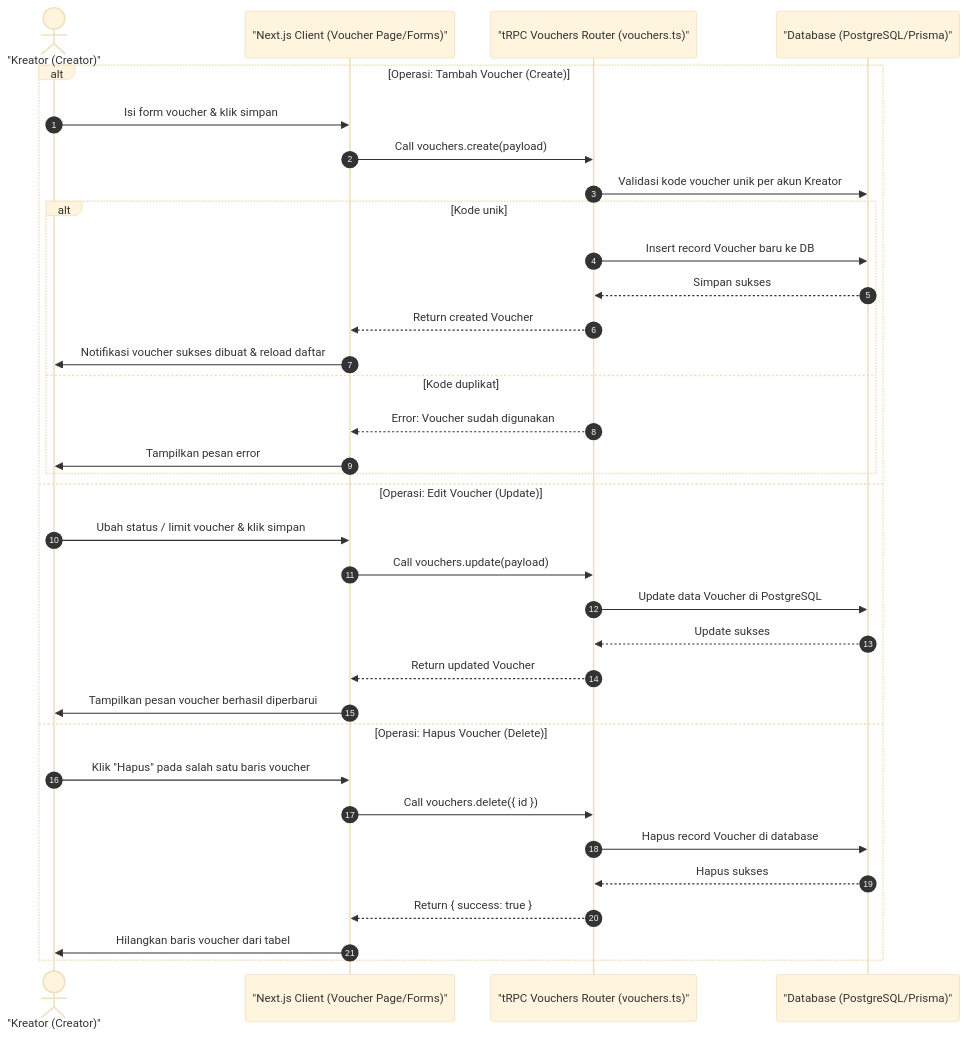
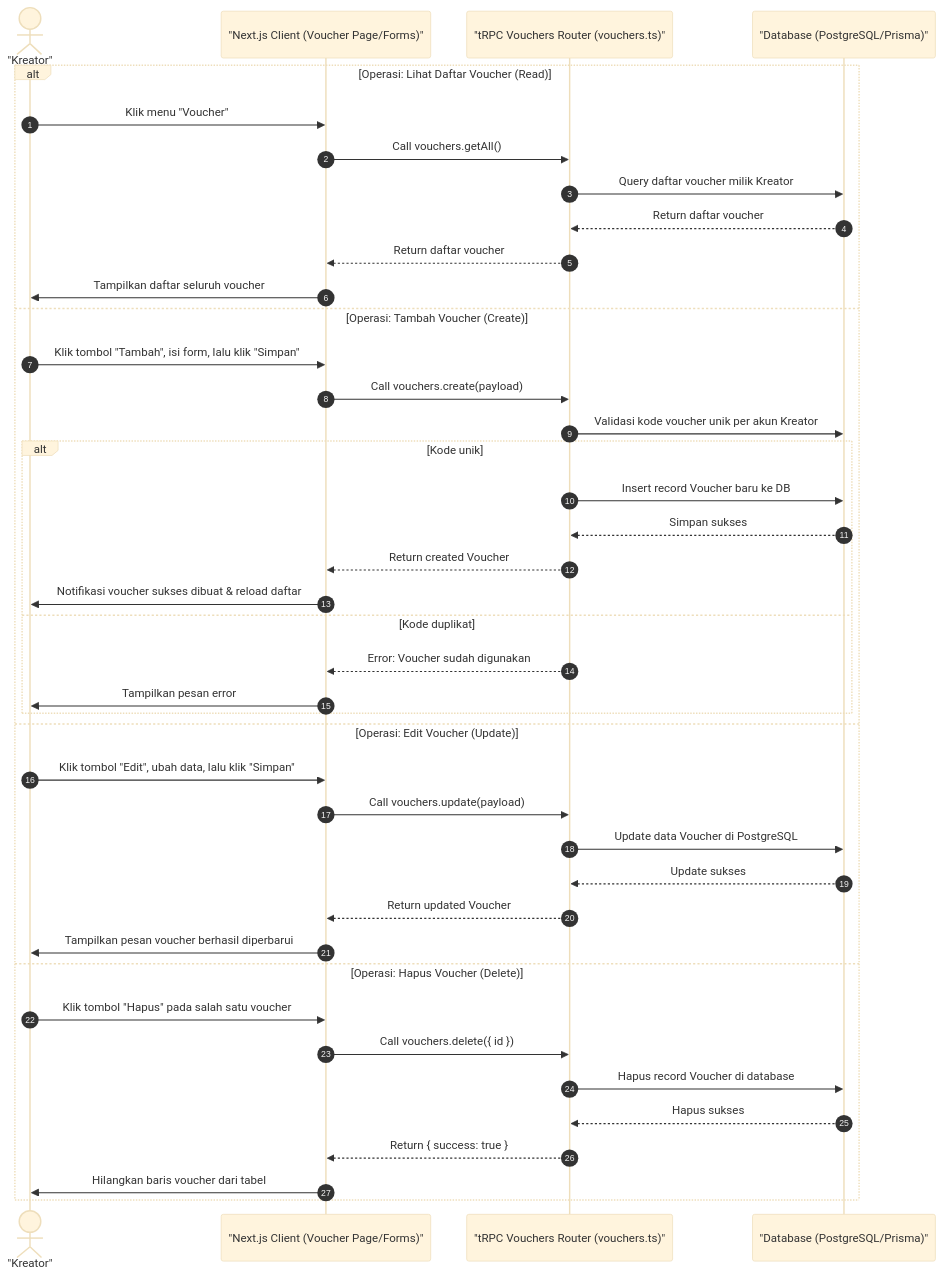
Before and after one commit to luputer/CuanIN: the second of 3 diagrams in docs/laporan-kelola-data-crud.md, drawn with Mermaid (base theme). The commit also changed other lines of this file and 53 other files, not shown here.

````diff
--- a/docs/laporan-kelola-data-crud.md
+++ b/docs/laporan-kelola-data-crud.md
@@ -60,39 +68,47 @@
 ```mermaid
 sequenceDiagram
     autonumber
-    actor Creator as "Kreator (Creator)"
+    actor Creator as "Kreator"
     participant Client as "Next.js Client (Voucher Page/Forms)"
     participant Server as "tRPC Vouchers Router (vouchers.ts)"
     participant DB as "Database (PostgreSQL/Prisma)"
 
-    alt Operasi: Tambah Voucher (Create)
-        Creator->>Client: Isi form voucher & klik simpan
+    alt Operasi: Lihat Daftar Voucher (Read)
+        Creator->>Client: Klik menu "Voucher"
+        Client->>Server: Call vouchers.getAll()
+        Server->>DB: Query daftar voucher milik Kreator
+        DB-->>Server: Return daftar voucher
+        Server-->>Client: Return daftar voucher
+        Client->>Creator: Tampilkan daftar seluruh voucher
+
+    else Operasi: Tambah Voucher (Create)
+        Creator->>Client: Klik tombol "Tambah", isi form, lalu klik "Simpan"
         Client->>Server: Call vouchers.create(payload)
         Server->>DB: Validasi kode voucher unik per akun Kreator
         alt Kode unik
             Server->>DB: Insert record Voucher baru ke DB
             DB-->>Server: Simpan sukses
             Server-->>Client: Return created Voucher
             Client->>Creator: Notifikasi voucher sukses dibuat & reload daftar
         else Kode duplikat
             Server-->>Client: Error: Voucher sudah digunakan
             Client->>Creator: Tampilkan pesan error
         end
 
     else Operasi: Edit Voucher (Update)
-        Creator->>Client: Ubah status / limit voucher & klik simpan
+        Creator->>Client: Klik tombol "Edit", ubah data, lalu klik "Simpan"
         Client->>Server: Call vouchers.update(payload)
         Server->>DB: Update data Voucher di PostgreSQL
         DB-->>Server: Update sukses
         Server-->>Client: Return updated Voucher
         Client->>Creator: Tampilkan pesan voucher berhasil diperbarui
 
     else Operasi: Hapus Voucher (Delete)
-        Creator->>Client: Klik "Hapus" pada salah satu baris voucher
+        Creator->>Client: Klik tombol "Hapus" pada salah satu voucher
         Client->>Server: Call vouchers.delete({ id })
         Server->>DB: Hapus record Voucher di database
         DB-->>Server: Hapus sukses
         Server-->>Client: Return { success: true }
         Client->>Creator: Hilangkan baris voucher dari tabel
     end
 ```
````
